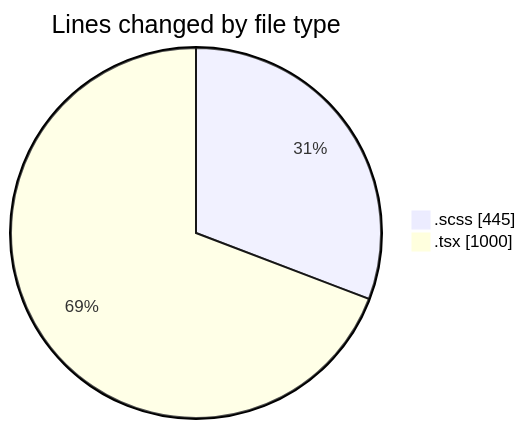
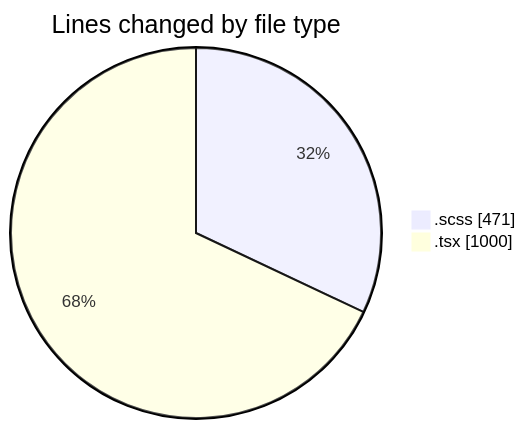
Before and after one commit to momahboobian/code-tracking: the first of 2 diagrams in 2025-03-28/cda/README.md, drawn with Mermaid. The commit also changed other lines of this file and 1 other file, not shown here.

````diff
--- a/2025-03-28/cda/README.md
+++ b/2025-03-28/cda/README.md
@@ -23,6 +23,6 @@
 ```mermaid
 pie showData
 title Lines changed by file type
-".scss" : 445
+".scss" : 471
 ".tsx" : 1000
 ```
````
